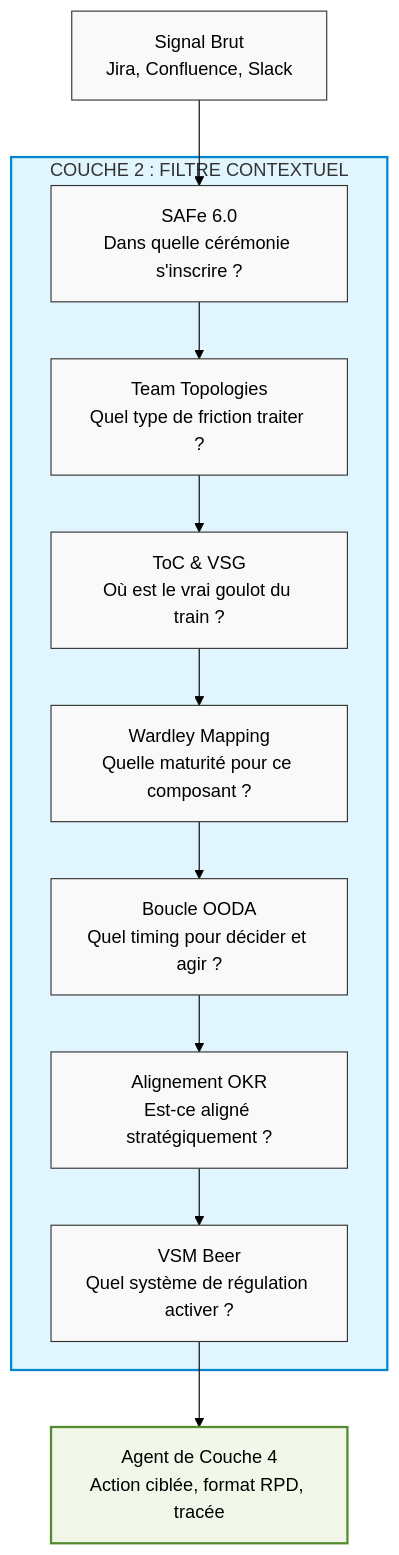
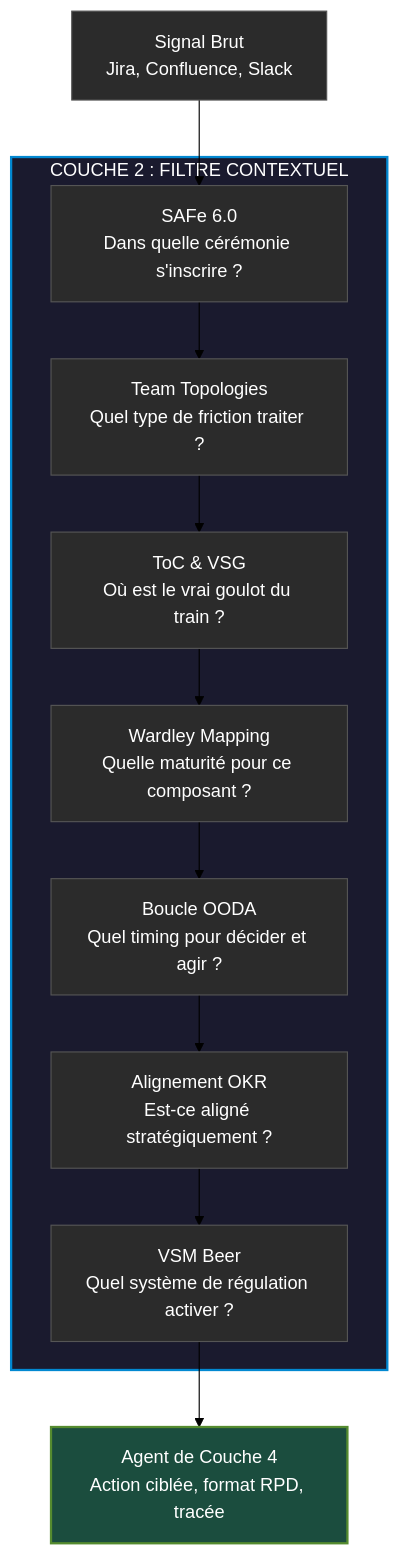
The diagram in docs/01-fondements-framework/sept-piliers.md (francklambinet-del/NeuroScaling), drawn with Mermaid (forest theme) before and after one commit. The commit also changed other lines of this file and 30 other files, not shown here.

````diff
--- a/docs/01-fondements-framework/sept-piliers.md
+++ b/docs/01-fondements-framework/sept-piliers.md
@@ -50,36 +52,39 @@
 ```mermaid
 graph TD
     %% Style Global
-    classDef default fill:#f9f9f9,stroke:#333,stroke-width:1px;
-    classDef core fill:#e1f5fe,stroke:#0288d1,stroke-width:2px;
-    classDef agent fill:#f1f8e9,stroke:#558b2f,stroke-width:2px;
+    classDef default fill:#2b2b2b,stroke:#555,stroke-width:1px,color:#ffffff;
+    classDef core fill:#004b6e,stroke:#0288d1,stroke-width:2px,color:#ffffff;
+    classDef agent fill:#1b4d3e,stroke:#558b2f,stroke-width:2px,color:#ffffff;
+
+    %% Style spécifique pour le subgraph
+    style Couche2 fill:#1a1a2e,stroke:#0288d1,stroke-width:2px,color:#ffffff;
 
     %% Nœuds
     Signal[Signal Brut<br/>Jira, Confluence, Slack]
     
     subgraph Couche2 [COUCHE 2 : FILTRE CONTEXTUEL]
         SAFe[SAFe 6.0<br/>Dans quelle cérémonie s'inscrire ?]
         TT[Team Topologies<br/>Quel type de friction traiter ?]
         ToC[ToC & VSG<br/>Où est le vrai goulot du train ?]
         Wardley[Wardley Mapping<br/>Quelle maturité pour ce composant ?]
         OODA[Boucle OODA<br/>Quel timing pour décider et agir ?]
         OKR[Alignement OKR<br/>Est-ce aligné stratégiquement ?]
         VSM[VSM Beer<br/>Quel système de régulation activer ?]
     end
 
     Agent[Agent de Couche 4<br/>Action ciblée, format RPD, tracée]
 
     %% Liaisons
     Signal --> SAFe
     SAFe --> TT
     TT --> ToC
     ToC --> Wardley
     Wardley --> OODA
     OODA --> OKR
     OKR --> VSM
     VSM --> Agent
 
     %% Assigner les classes
     class Couche2 core;
     class Agent agent;
 ```
````
